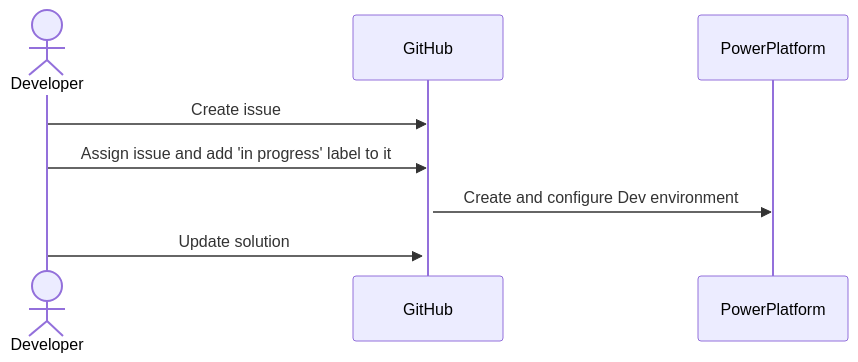
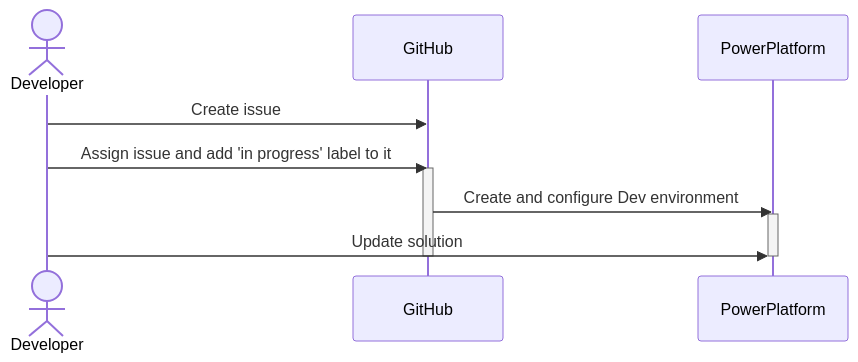
One commit to rpothin/PowerPlatform-ALM-With-GitHub-Template changed the diagram in Documentation/ALM-Strategy.md. Above: the diagram before and after it, drawn with Mermaid.

Commit message:
#222 - Initialize an overview sequence diagram for the ALM strategy

````diff
--- a/Documentation/ALM-Strategy.md
+++ b/Documentation/ALM-Strategy.md
@@ -9,12 +9,14 @@
 ```mermaid
 sequenceDiagram
     actor Developer
     participant GitHub
     participant PowerPlatform
     Developer->>GitHub: Create issue
     Developer->>GitHub: Assign issue and add 'in progress' label to it
     activate GitHub
     GitHub->>PowerPlatform: Create and configure Dev environment
     activate PowerPlatform
-    Developer->>GitHub: Update solution
+    Developer->>PowerPlatform: Update solution
+    deactivate PowerPlatform
+    deactivate GitHub
 ```
````
